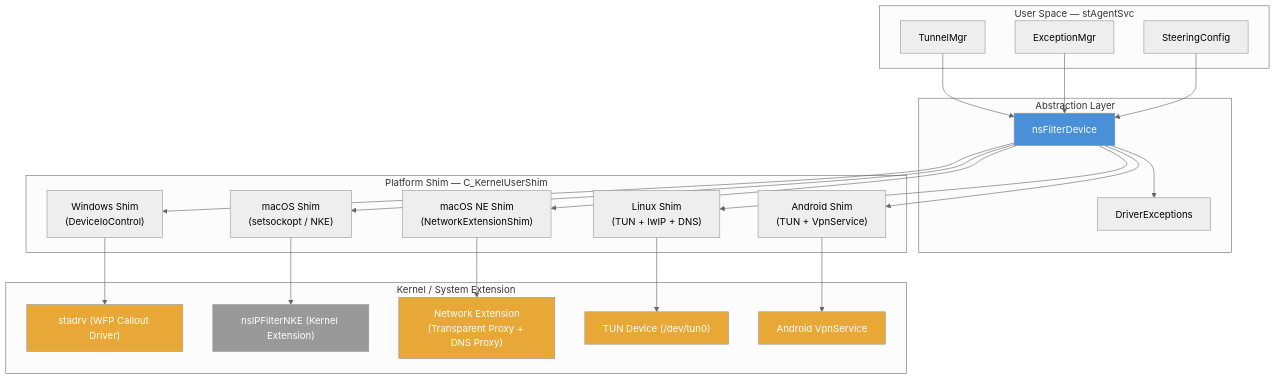
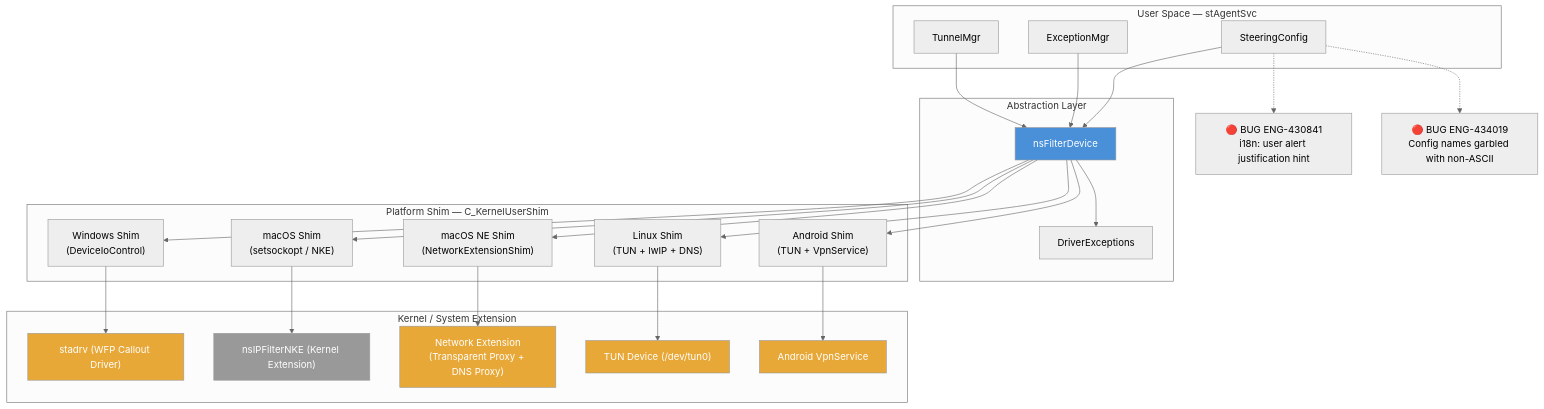
The first of 14 diagrams in chapters/09_traffic_steering.md (ns-klin/endpoint_system_test_plan), drawn with Mermaid (neutral theme) before and after one commit. The commit also changed other lines of this file and 26 other files, not shown here.

First line of the commit message:
Add 87 bugs from Excel enrichment and integrate into mermaid diagrams

````diff
--- a/chapters/09_traffic_steering.md
+++ b/chapters/09_traffic_steering.md
@@ -39,52 +39,55 @@
 ```mermaid
 graph TB
     subgraph "User Space — stAgentSvc"
         TM[TunnelMgr]
         EM[ExceptionMgr]
         SC[SteeringConfig]
     end
 
     subgraph "Abstraction Layer"
         FD[nsFilterDevice]
         DE[DriverExceptions]
     end
 
     subgraph "Platform Shim — C_KernelUserShim"
         WIN_SHIM["Windows Shim<br/>(DeviceIoControl)"]
         MAC_SHIM["macOS Shim<br/>(setsockopt / NKE)"]
         NE_SHIM["macOS NE Shim<br/>(NetworkExtensionShim)"]
         LINUX_SHIM["Linux Shim<br/>(TUN + lwIP + DNS)"]
         ANDROID_SHIM["Android Shim<br/>(TUN + VpnService)"]
     end
 
     subgraph "Kernel / System Extension"
         WFP["stadrv (WFP Callout Driver)"]
         NKE["nsIPFilterNKE (Kernel Extension)"]
         NE["Network Extension<br/>(Transparent Proxy + DNS Proxy)"]
         TUN_DEV["TUN Device (/dev/tun0)"]
         VPN_SVC["Android VpnService"]
     end
 
     TM --> FD
     EM --> FD
     SC --> FD
     FD --> DE
     FD --> WIN_SHIM
     FD --> MAC_SHIM
     FD --> NE_SHIM
     FD --> LINUX_SHIM
     FD --> ANDROID_SHIM
 
     WIN_SHIM --> WFP
     MAC_SHIM --> NKE
     NE_SHIM --> NE
     LINUX_SHIM --> TUN_DEV
     ANDROID_SHIM --> VPN_SVC
 
+    SC -.-> BUG_430841["🔴 BUG ENG-430841<br/>i18n: user alert justification hint"]
+    SC -.-> BUG_434019["🔴 BUG ENG-434019<br/>Config names garbled with non-ASCII"]
+
     style FD fill:#4A90D9,color:#fff
     style WFP fill:#E8A838,color:#fff
     style NE fill:#E8A838,color:#fff
     style TUN_DEV fill:#E8A838,color:#fff
     style VPN_SVC fill:#E8A838,color:#fff
     style NKE fill:#999,color:#fff
 ```
````
